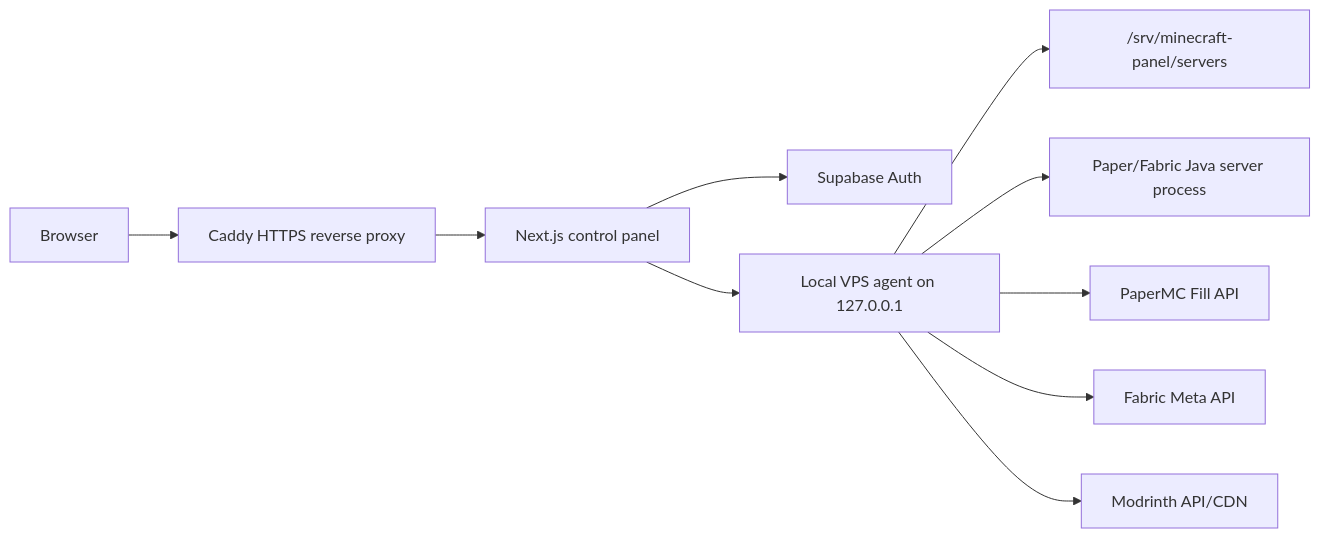
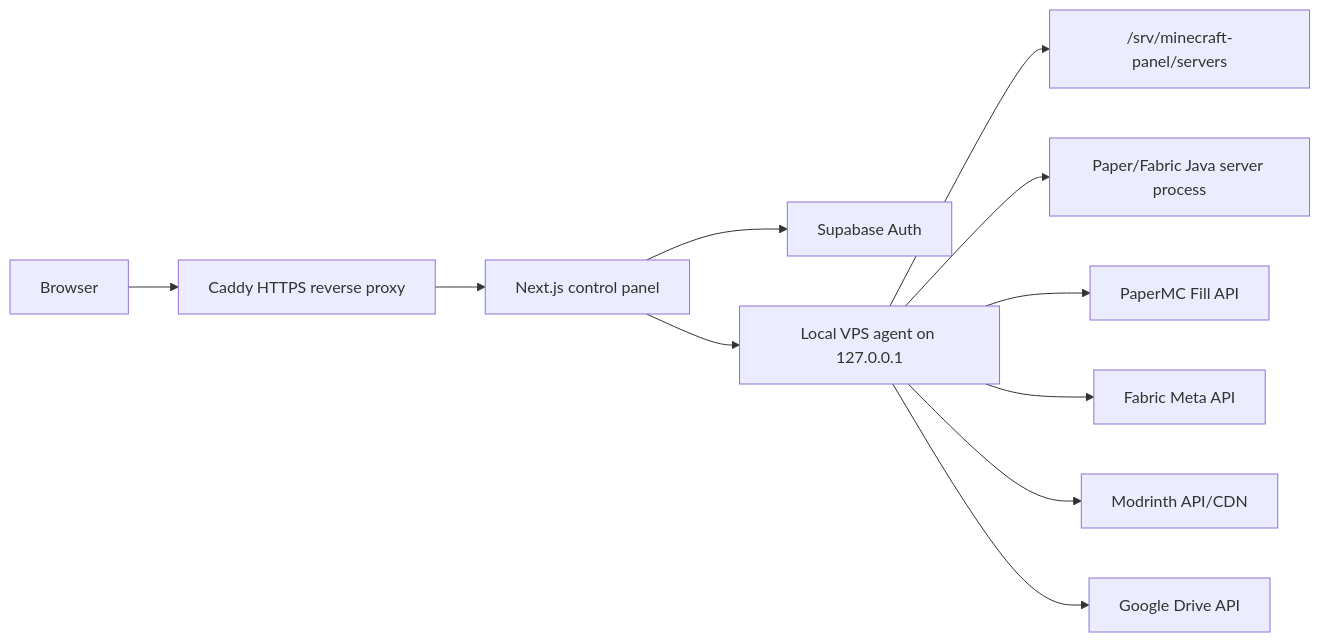
The diagram in README.md (medriid/New-project-2), drawn with Mermaid before and after one commit. The commit also changed other lines of this file and 15 other files, not shown here.

````diff
--- a/README.md
+++ b/README.md
@@ -18,12 +21,13 @@
 ```mermaid
 flowchart LR
   Browser["Browser"] --> Caddy["Caddy HTTPS reverse proxy"]
   Caddy --> Web["Next.js control panel"]
   Web --> Supabase["Supabase Auth"]
   Web --> Agent["Local VPS agent on 127.0.0.1"]
   Agent --> Files["/srv/minecraft-panel/servers"]
   Agent --> Java["Paper/Fabric Java server process"]
   Agent --> Paper["PaperMC Fill API"]
   Agent --> Fabric["Fabric Meta API"]
   Agent --> Modrinth["Modrinth API/CDN"]
+  Agent --> Drive["Google Drive API"]
 ```
````
